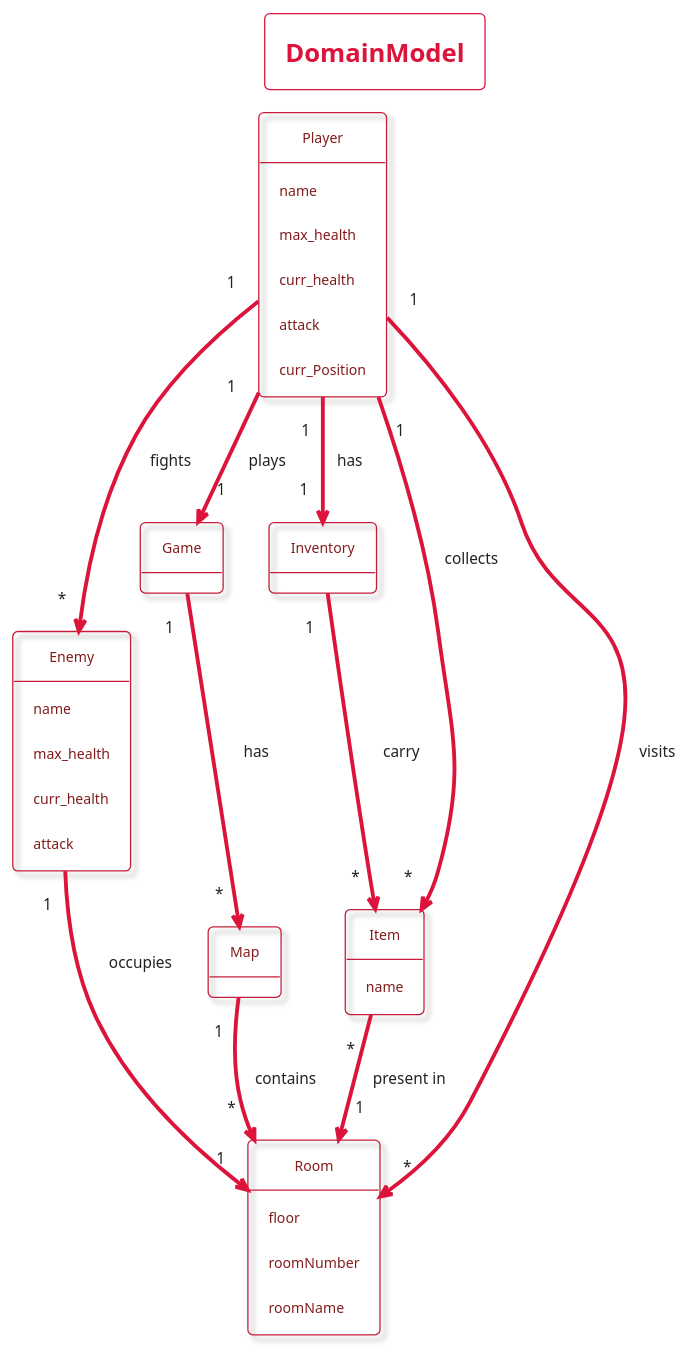
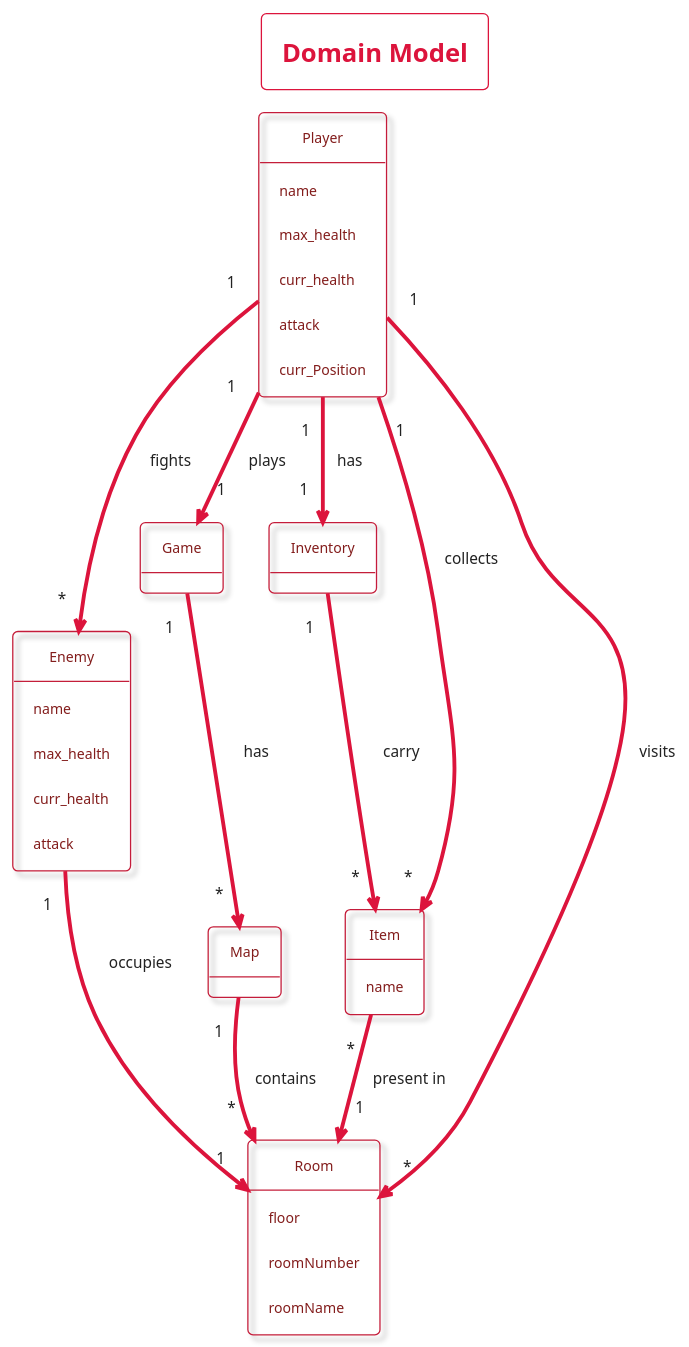
The diagram in docs/uml/DomainModel.plantuml (LimeiGuan/Text_Adventure_Game), drawn with PlantUML before and after one commit.

```diff
--- a/docs/uml/DomainModel.plantuml
+++ b/docs/uml/DomainModel.plantuml
@@ -1,61 +1,61 @@
 @startuml DomainModel
 
 !theme materia-outline
 
 skinparam ArrowColor #DC143C
 skinparam BackgroundColor #FFFFFF
 
 skinparam ObjectBorderColor #C41E3A
 skinparam ObjectFontColor #831D1C
 
 skinparam titleBorderColor #DC143C
 skinparam titleFontColor #DC143C
 
-title DomainModel
+title Domain Model
 
 object Player {
   name
   max_health
   curr_health
   attack
   curr_Position
   }
   
 object Enemy{
   name
   max_health
   curr_health
   attack
   }
 
 object Game
 
 object Inventory
 
 object Item {
   name
   }
 
 object Room {
   floor
   roomNumber
   roomName
   }
 
 object Map{
   }
 
 
 Player "1" --> "1" Game: plays
 Player "1" --> "*" Enemy: fights
 Player "1" --> "*" Room: visits
 Player "1" --> "1" Inventory: has
 Player "1" --> "*" Item: collects
 
 Game "1" --> "*" Map: has
 Item "*" --> "1" Room: present in
 Inventory "1" --> "*" Item: carry
 Map "1" --> "*" Room: contains
 Enemy "1" --> "1" Room: occupies
 
 @enduml
```
